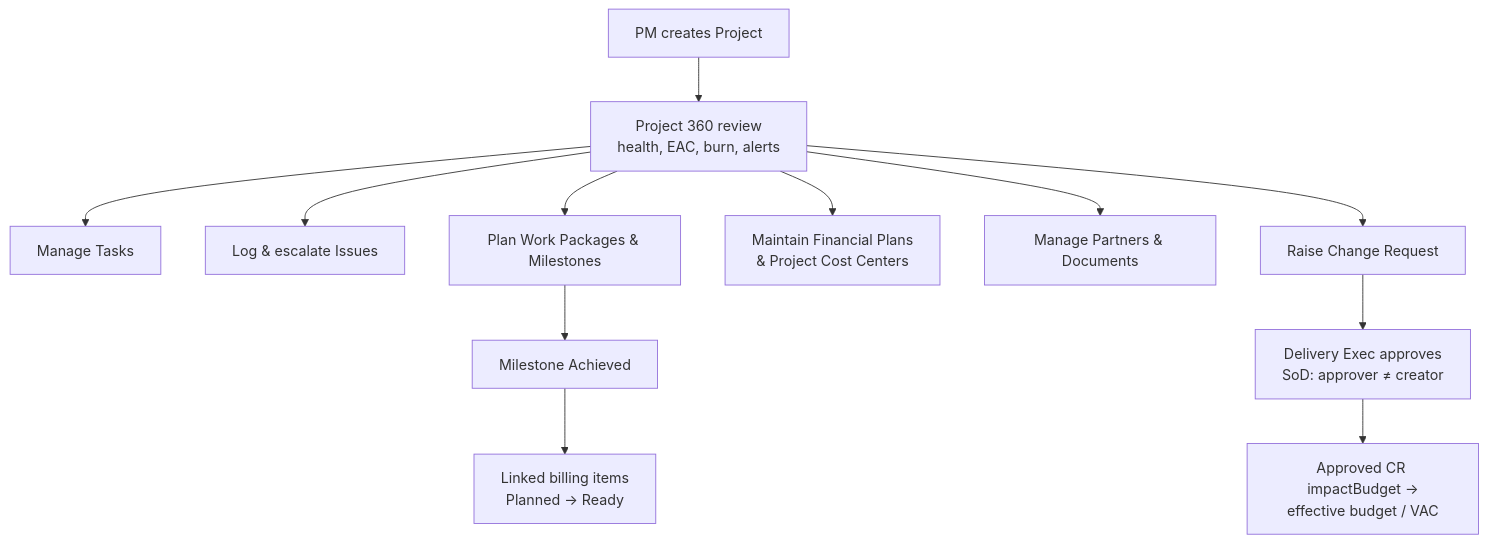
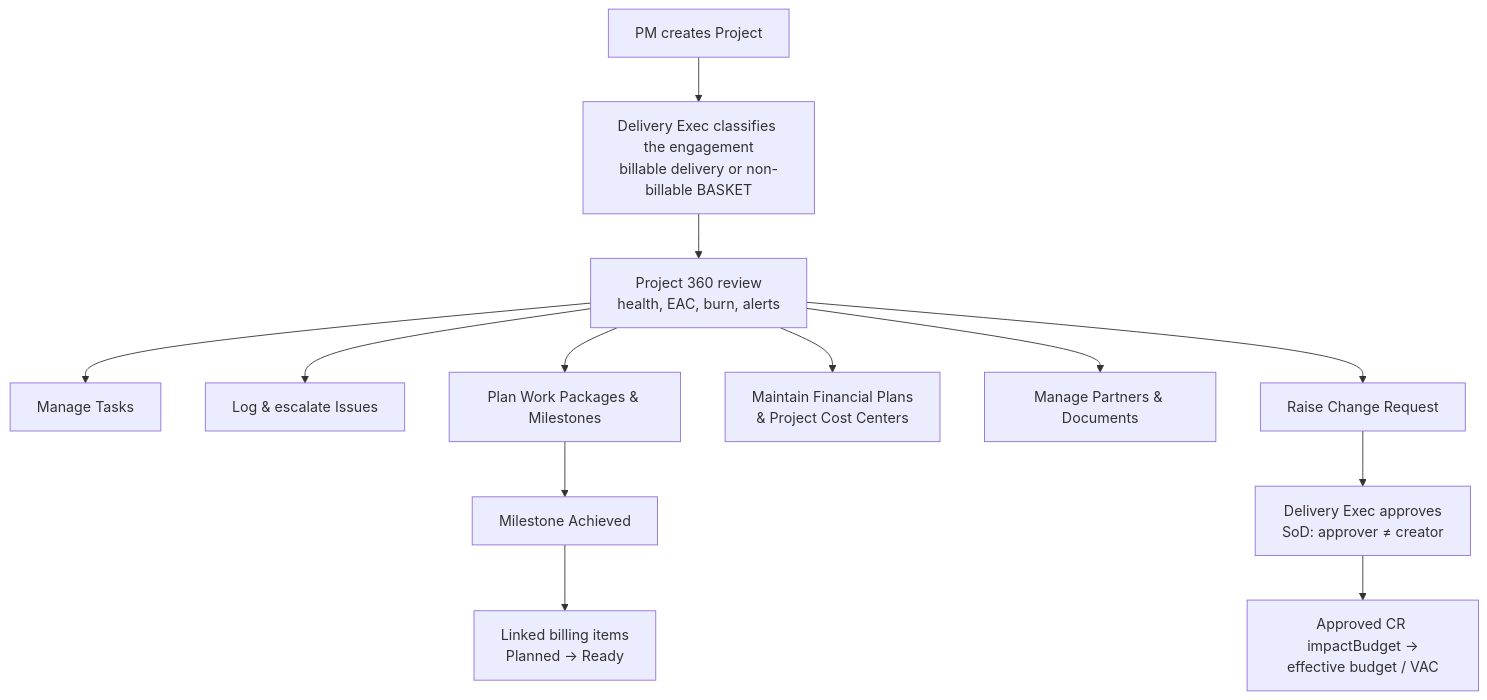
Before and after one commit to Raistlin82/project-resource-mgmt: the first of 10 diagrams in docs/functional/project-delivery.md, drawn with Mermaid. The commit also changed other lines of this file and 15 other files, not shown here.

````diff
--- a/docs/functional/project-delivery.md
+++ b/docs/functional/project-delivery.md
@@ -33,14 +37,15 @@
 ```mermaid
 flowchart TD
-  C[PM creates Project] --> O[Project 360 review<br/>health, EAC, burn, alerts]
+  C[PM creates Project] --> CL[Delivery Exec classifies the engagement<br/>billable delivery or non-billable BASKET]
+  CL --> O[Project 360 review<br/>health, EAC, burn, alerts]
   O --> T[Manage Tasks]
   O --> I[Log & escalate Issues]
   O --> P[Plan Work Packages & Milestones]
   O --> FP[Maintain Financial Plans<br/>& Project Cost Centers]
   O --> PD[Manage Partners & Documents]
   P --> MS[Milestone Achieved]
   MS --> RDY[Linked billing items<br/>Planned → Ready]
   O --> CR[Raise Change Request]
   CR --> AP[Delivery Exec approves<br/>SoD: approver ≠ creator]
   AP --> BUD[Approved CR impactBudget →<br/>effective budget / VAC]
 ```
````
